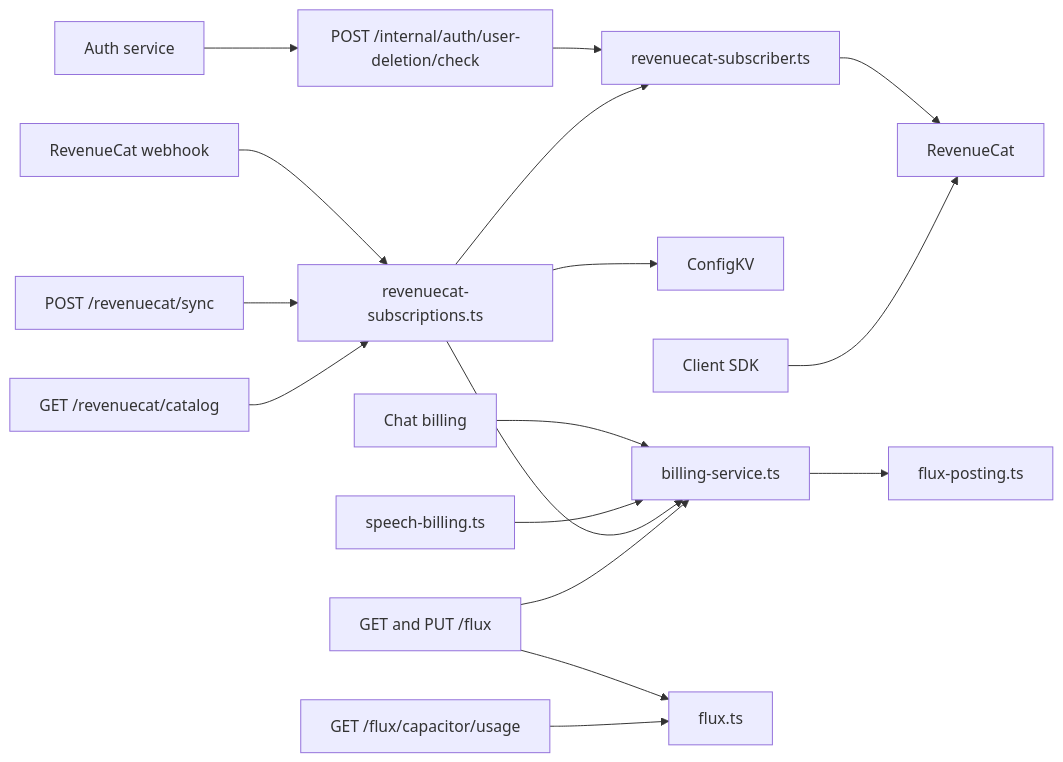
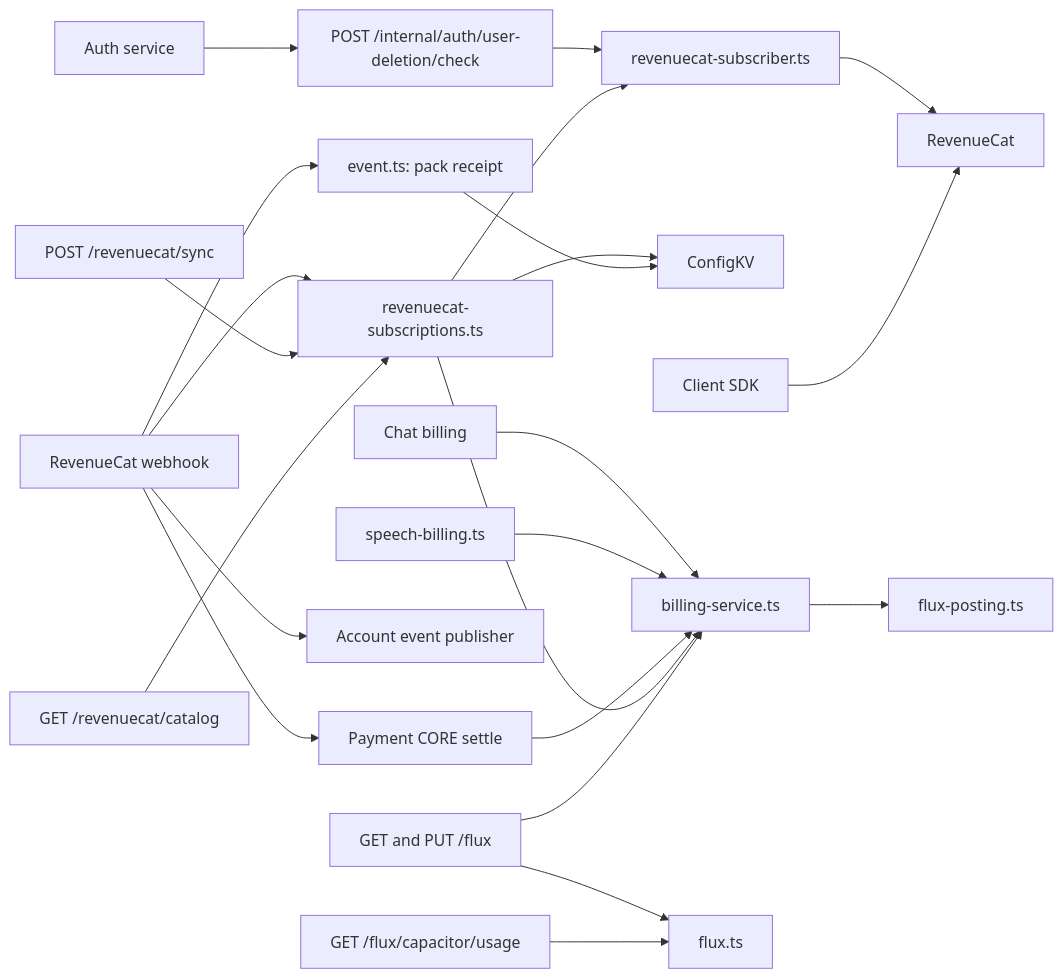
One commit to moeru-ai/airi changed the first of 2 diagrams in server/docs/ai/adr/2026-10-04-subscription-credits.md. Above: the diagram before and after it, drawn with Mermaid. The commit also changed other lines of this file and 5 other files, not shown here.

````diff
--- a/server/docs/ai/adr/2026-10-04-subscription-credits.md
+++ b/server/docs/ai/adr/2026-10-04-subscription-credits.md
@@ -201,19 +201,24 @@
 ```mermaid
 flowchart LR
   Chat[Chat billing] --> Billing[billing-service.ts]
   Speech[speech-billing.ts] --> Billing
   Billing --> Posting[flux-posting.ts]
   Webhook[RevenueCat webhook] --> Sync["revenuecat-subscriptions.ts"]
   SyncRoute["POST /revenuecat/sync"] --> Sync
   CatalogRoute["GET /revenuecat/catalog"] --> Sync
   Sync --> ConfigKV["ConfigKV"]
+  Webhook --> PackEvent["event.ts: pack receipt"]
+  PackEvent --> ConfigKV
+  Webhook --> Payment["Payment CORE settle"]
+  Payment --> Billing
+  Webhook --> Events["Account event publisher"]
   Auth[Auth service] --> Check["POST /internal/auth/user-deletion/check"]
   Check --> Reader
   Sync --> Reader["revenuecat-subscriber.ts"]
   Reader --> RC[RevenueCat]
   Sync --> Billing
   Client[Client SDK] --> RC
   FluxRoute["GET and PUT /flux"] --> Billing
   FluxRoute --> FluxService[flux.ts]
   UsageRoute["GET /flux/capacitor/usage"] --> FluxService
 ```
````
